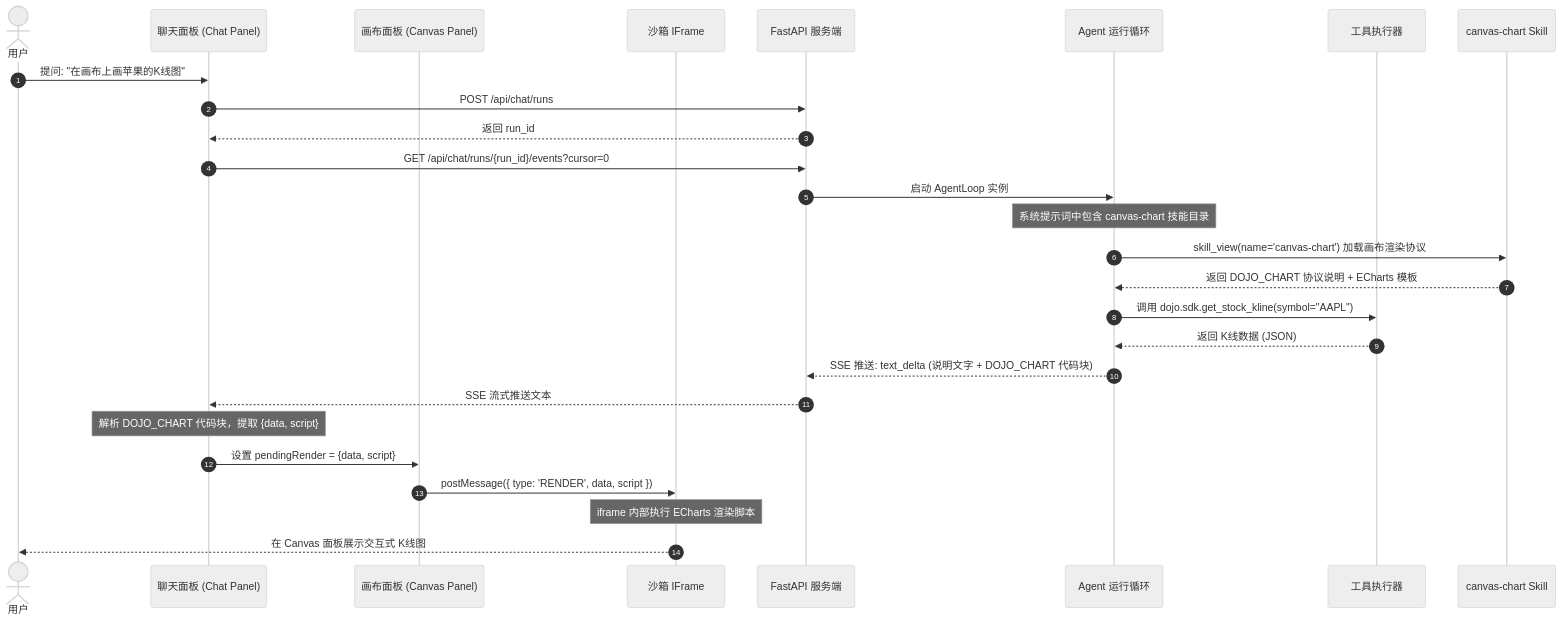
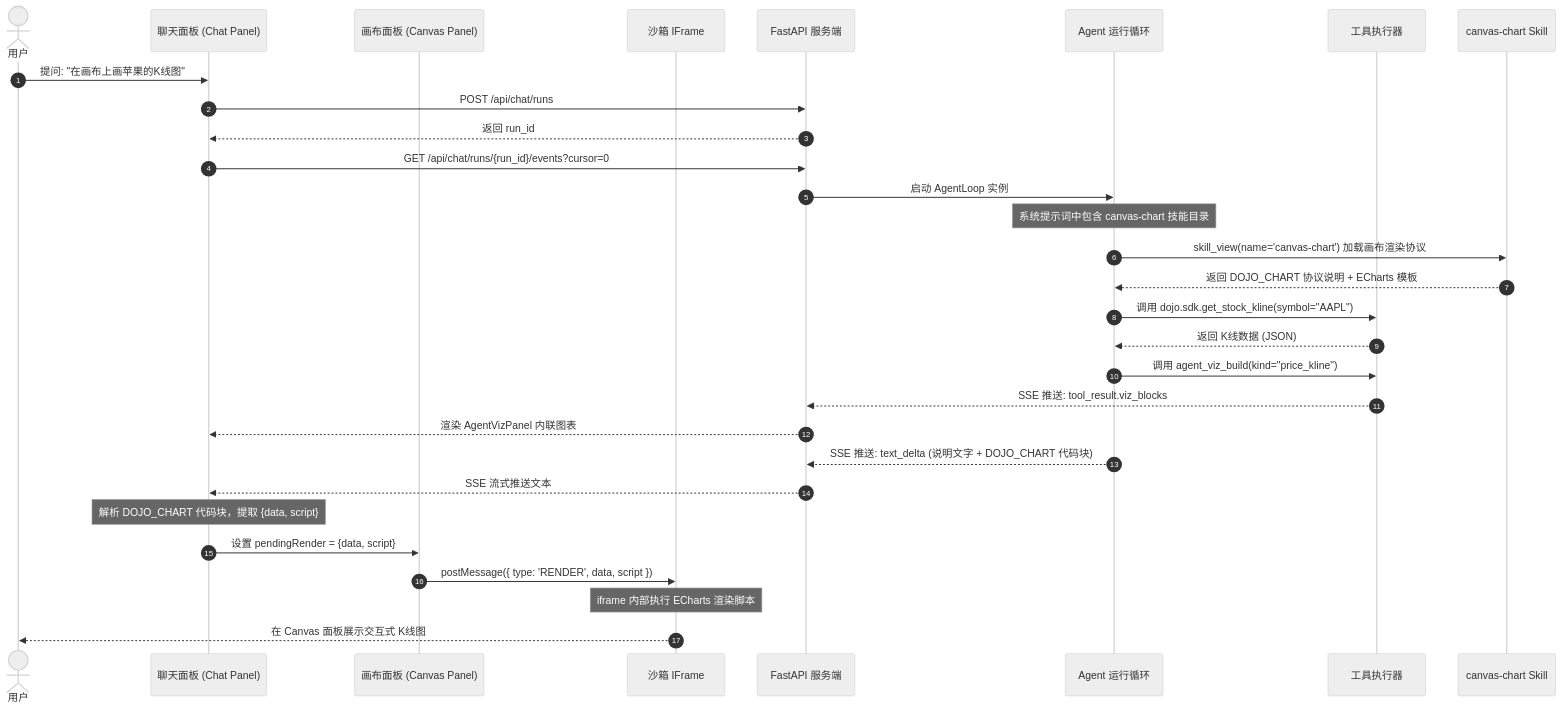
The first of 6 diagrams in docs/dashboard.md (Alpha-Dojo/DojoAgents), drawn with Mermaid (neutral theme) before and after one commit. The commit also changed other lines of this file and 22 other files, not shown here.

````diff
--- a/docs/dashboard.md
+++ b/docs/dashboard.md
@@ -22,30 +22,33 @@
 ```mermaid
 sequenceDiagram
     autonumber
     actor User as 用户
     participant FE_Chat as 聊天面板 (Chat Panel)
     participant FE_Canvas as 画布面板 (Canvas Panel)
     participant FE_Iframe as 沙箱 IFrame
     participant BE as FastAPI 服务端
     participant Agent as Agent 运行循环
     participant Tools as 工具执行器
     participant Skill as canvas-chart Skill
 
     User->>FE_Chat: 提问: "在画布上画苹果的K线图"
     FE_Chat->>BE: POST /api/chat/runs
     BE-->>FE_Chat: 返回 run_id
     FE_Chat->>BE: GET /api/chat/runs/{run_id}/events?cursor=0
     BE->>Agent: 启动 AgentLoop 实例
     Note over Agent: 系统提示词中包含 canvas-chart 技能目录
     Agent->>Skill: skill_view(name='canvas-chart') 加载画布渲染协议
     Skill-->>Agent: 返回 DOJO_CHART 协议说明 + ECharts 模板
     Agent->>Tools: 调用 dojo.sdk.get_stock_kline(symbol="AAPL")
     Tools-->>Agent: 返回 K线数据 (JSON)
+    Agent->>Tools: 调用 agent_viz_build(kind="price_kline")
+    Tools-->>BE: SSE 推送: tool_result.viz_blocks
+    BE-->>FE_Chat: 渲染 AgentVizPanel 内联图表
     Agent-->>BE: SSE 推送: text_delta (说明文字 + DOJO_CHART 代码块)
     BE-->>FE_Chat: SSE 流式推送文本
     Note over FE_Chat: 解析 DOJO_CHART 代码块，提取 {data, script}
     FE_Chat->>FE_Canvas: 设置 pendingRender = {data, script}
     FE_Canvas->>FE_Iframe: postMessage({ type: 'RENDER', data, script })
     Note over FE_Iframe: iframe 内部执行 ECharts 渲染脚本
     FE_Iframe-->>User: 在 Canvas 面板展示交互式 K线图
 ```
````
